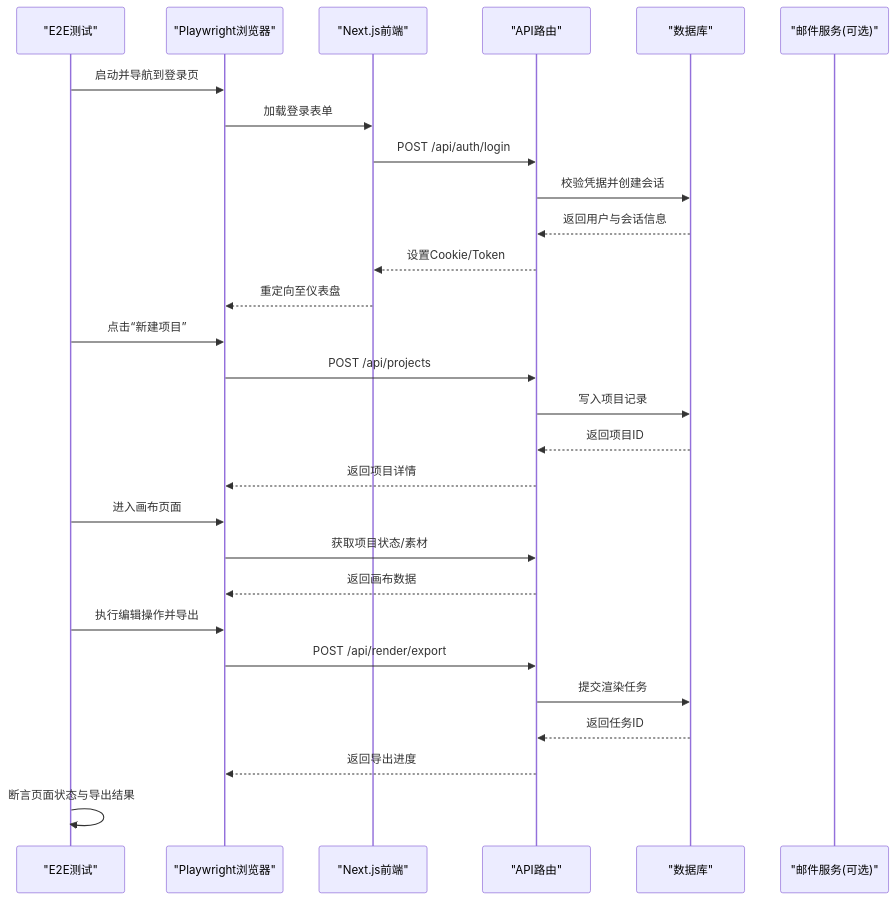
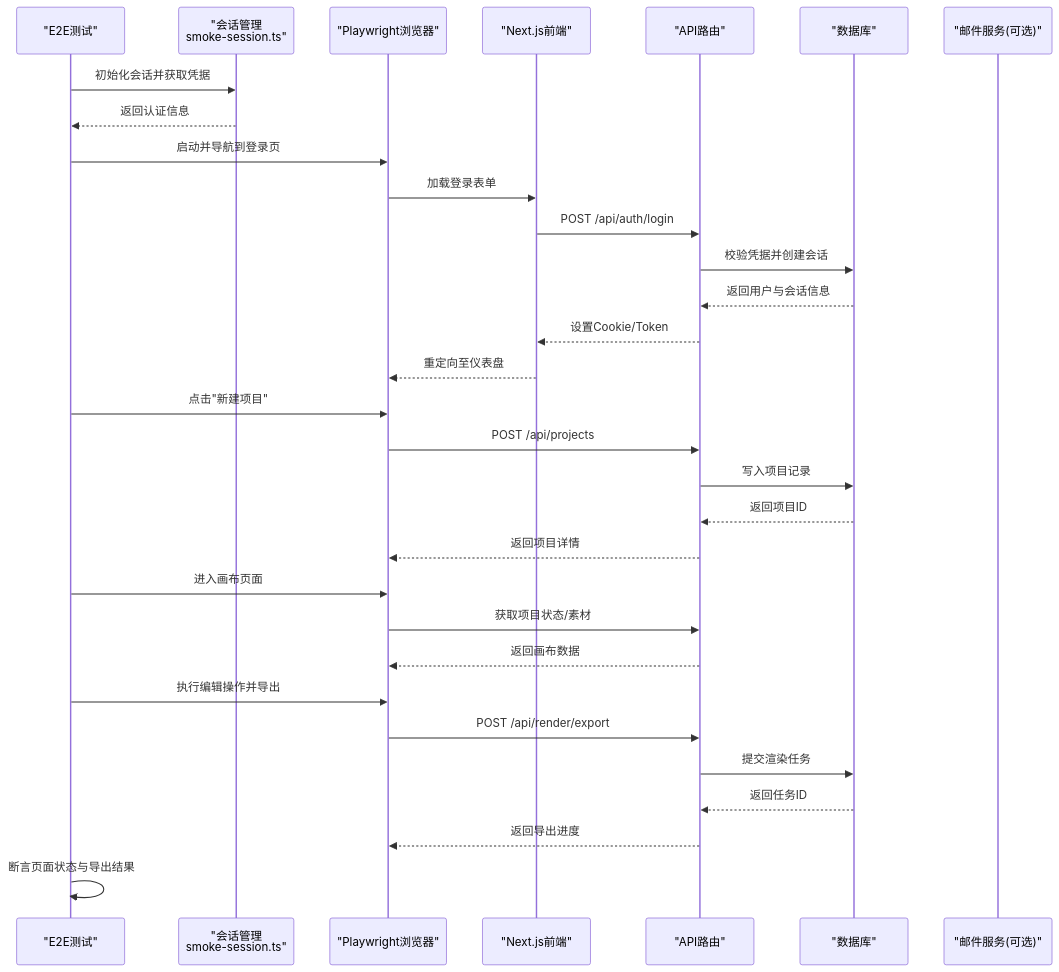
One commit to scottcwy/PurpleInk changed the second of 8 diagrams in .qoder/repowiki/zh/content/测试策略/端到端测试.md. Above: the diagram before and after it, drawn with Mermaid. The commit also changed other lines of this file and 109 other files, not shown here.

````diff
--- a/.qoder/repowiki/zh/content/测试策略/端到端测试.md
+++ b/.qoder/repowiki/zh/content/测试策略/端到端测试.md
@@ -145,30 +163,33 @@
 ```mermaid
 sequenceDiagram
 participant Test as "E2E测试"
+participant Session as "会话管理<br/>smoke-session.ts"
 participant Browser as "Playwright浏览器"
 participant Frontend as "Next.js前端"
 participant API as "API路由"
 participant DB as "数据库"
 participant Mail as "邮件服务(可选)"
+Test->>Session : 初始化会话并获取凭据
+Session-->>Test : 返回认证信息
 Test->>Browser : 启动并导航到登录页
 Browser->>Frontend : 加载登录表单
 Frontend->>API : POST /api/auth/login
 API->>DB : 校验凭据并创建会话
 DB-->>API : 返回用户与会话信息
 API-->>Frontend : 设置Cookie/Token
 Frontend-->>Browser : 重定向至仪表盘
-Test->>Browser : 点击“新建项目”
+Test->>Browser : 点击"新建项目"
 Browser->>API : POST /api/projects
 API->>DB : 写入项目记录
 DB-->>API : 返回项目ID
 API-->>Browser : 返回项目详情
 Test->>Browser : 进入画布页面
 Browser->>API : 获取项目状态/素材
 API-->>Browser : 返回画布数据
 Test->>Browser : 执行编辑操作并导出
 Browser->>API : POST /api/render/export
 API->>DB : 提交渲染任务
 DB-->>API : 返回任务ID
 API-->>Browser : 返回导出进度
 Test->>Test : 断言页面状态与导出结果
 ```
````
